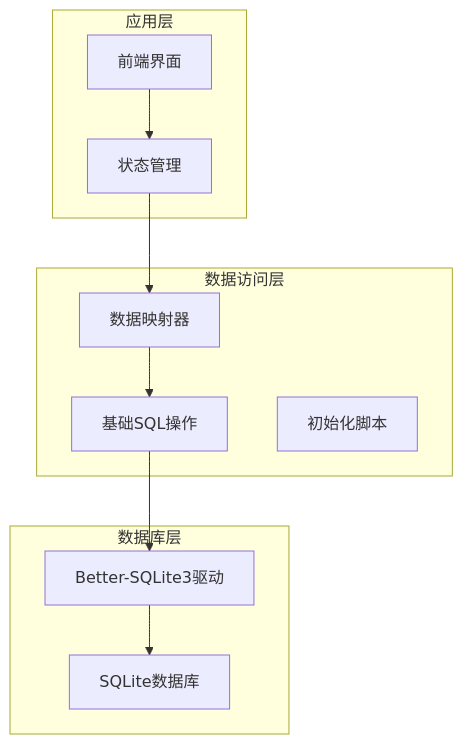
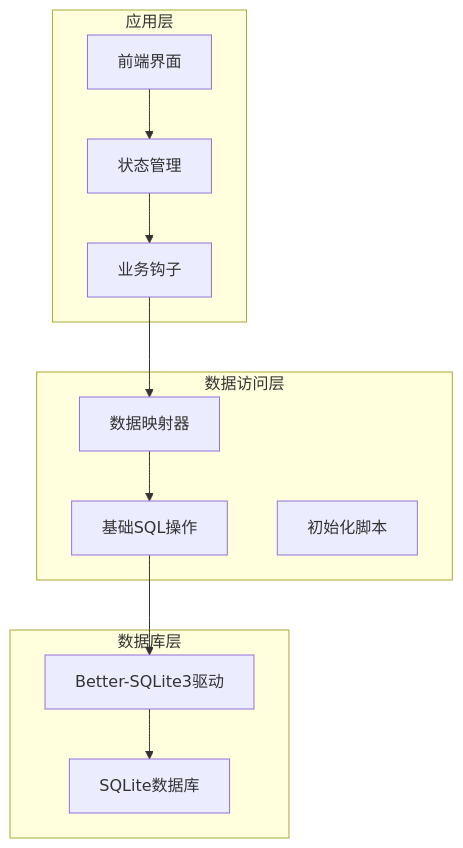
Before and after one commit to scgithub3220216/password-manager: the first of 10 diagrams in .qoder/repowiki/zh/content/数据库系统/表结构设计.md, drawn with Mermaid. The commit also changed other lines of this file and 9 other files, not shown here.

First line of the commit message:
feat(sync): 新增图像数据同步支持

````diff
--- a/.qoder/repowiki/zh/content/数据库系统/表结构设计.md
+++ b/.qoder/repowiki/zh/content/数据库系统/表结构设计.md
@@ -38,21 +47,23 @@
 ```mermaid
 graph TB
 subgraph "应用层"
 UI[前端界面]
 Store[状态管理]
+Hooks[业务钩子]
 end
 subgraph "数据库层"
 SQLite[SQLite数据库]
 BetterSqlite[Better-SQLite3驱动]
 end
 subgraph "数据访问层"
 Mapper[数据映射器]
 BaseSQL[基础SQL操作]
 InitSQL[初始化脚本]
 end
 UI --> Store
-Store --> Mapper
+Store --> Hooks
+Hooks --> Mapper
 Mapper --> BaseSQL
 BaseSQL --> BetterSqlite
 BetterSqlite --> SQLite
 ```
````
